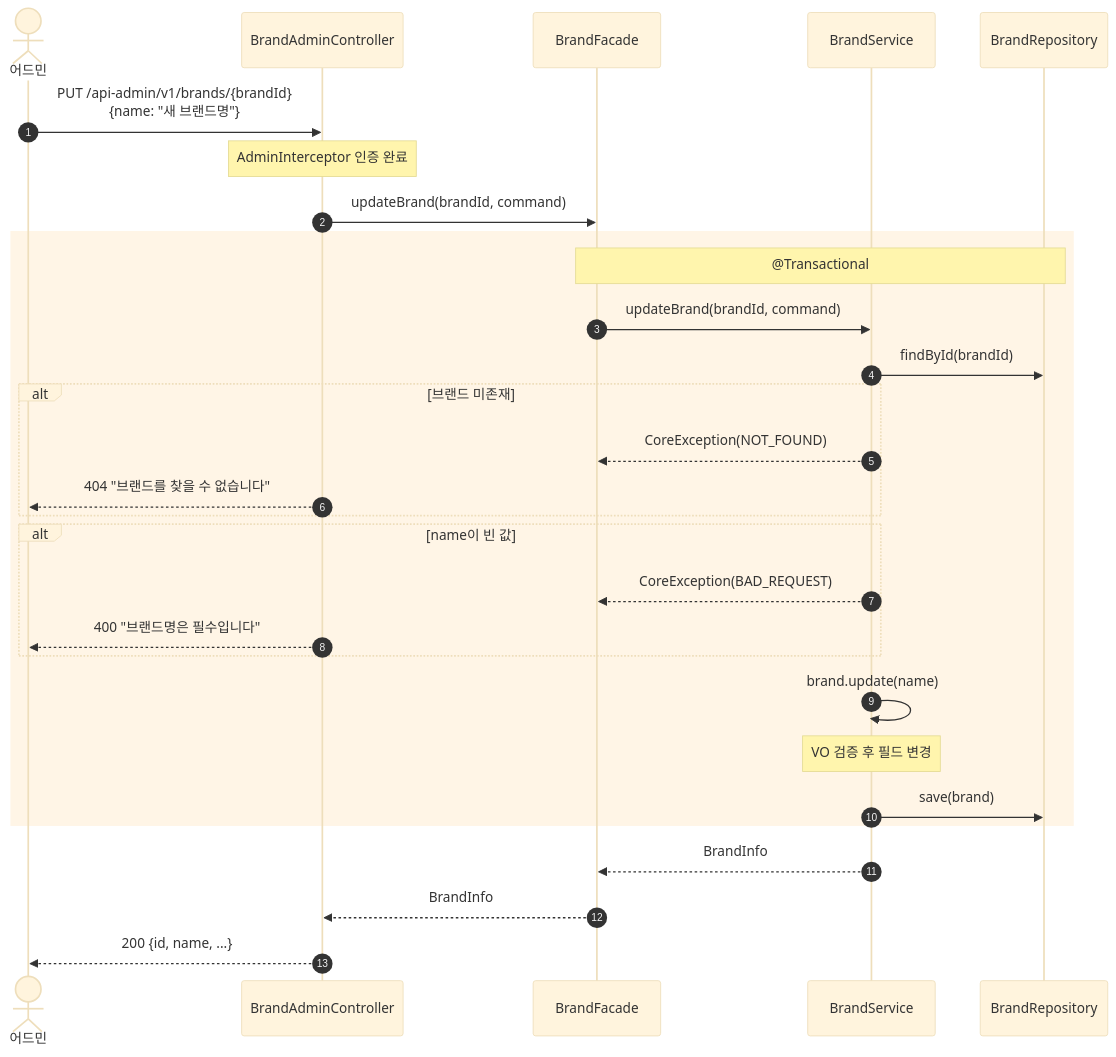
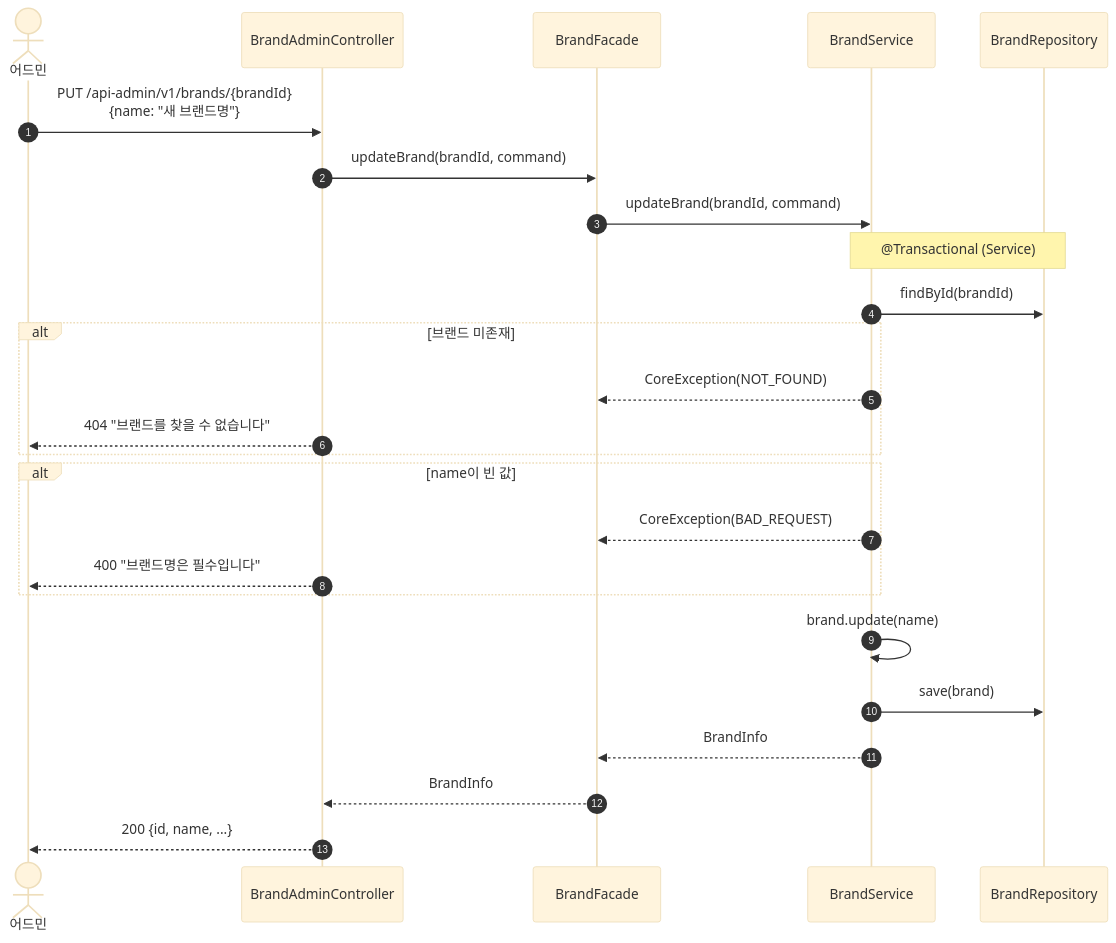
The seventh of 21 diagrams in docs/design/02-sequence-diagrams.md (Loopers-dev-lab/loop-pack-be-l2-vol3-kotlin), drawn with Mermaid (base theme) before and after one commit. The commit also changed other lines of this file and 5 other files, not shown here.

````diff
--- a/docs/design/02-sequence-diagrams.md
+++ b/docs/design/02-sequence-diagrams.md
@@ -209,36 +219,32 @@
 ```mermaid
 sequenceDiagram
     autonumber
     actor Admin as 어드민
     participant C as BrandAdminController
     participant F as BrandFacade
     participant BS as BrandService
     participant BR as BrandRepository
     Admin ->> C: PUT /api-admin/v1/brands/{brandId}<br/>{name: "새 브랜드명"}
-    Note over C: AdminInterceptor 인증 완료
     C ->> F: updateBrand(brandId, command)
+    F ->> BS: updateBrand(brandId, command)
 
-    rect rgb(255, 245, 230)
-        Note over F, BR: @Transactional
-        F ->> BS: updateBrand(brandId, command)
-        BS ->> BR: findById(brandId)
+    Note over BS, BR: @Transactional (Service)
+    BS ->> BR: findById(brandId)
 
-        alt 브랜드 미존재
-            BS -->> F: CoreException(NOT_FOUND)
-            C -->> Admin: 404 "브랜드를 찾을 수 없습니다"
-        end
+    alt 브랜드 미존재
+        BS -->> F: CoreException(NOT_FOUND)
+        C -->> Admin: 404 "브랜드를 찾을 수 없습니다"
+    end
 
-        alt name이 빈 값
-            BS -->> F: CoreException(BAD_REQUEST)
-            C -->> Admin: 400 "브랜드명은 필수입니다"
-        end
+    alt name이 빈 값
+        BS -->> F: CoreException(BAD_REQUEST)
+        C -->> Admin: 400 "브랜드명은 필수입니다"
+    end
 
-        BS ->> BS: brand.update(name)
-        Note over BS: VO 검증 후 필드 변경
-        BS ->> BR: save(brand)
-    end
+    BS ->> BS: brand.update(name)
+    BS ->> BR: save(brand)
 
     BS -->> F: BrandInfo
     F -->> C: BrandInfo
     C -->> Admin: 200 {id, name, ...}
 ```
````
